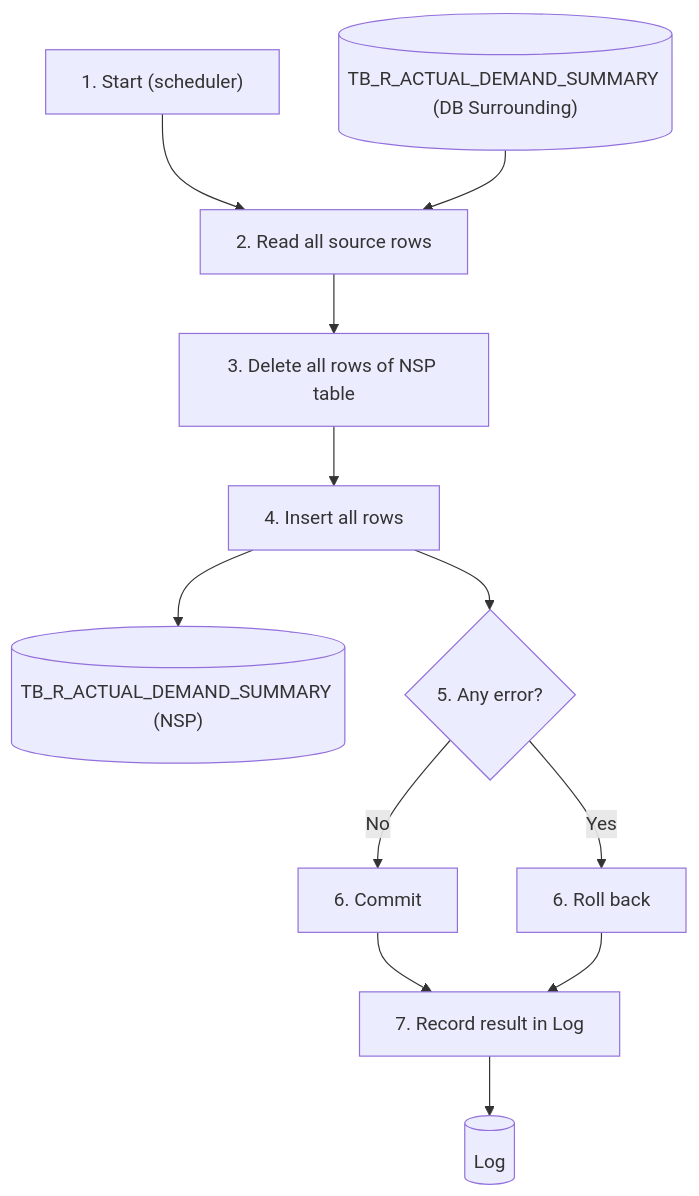
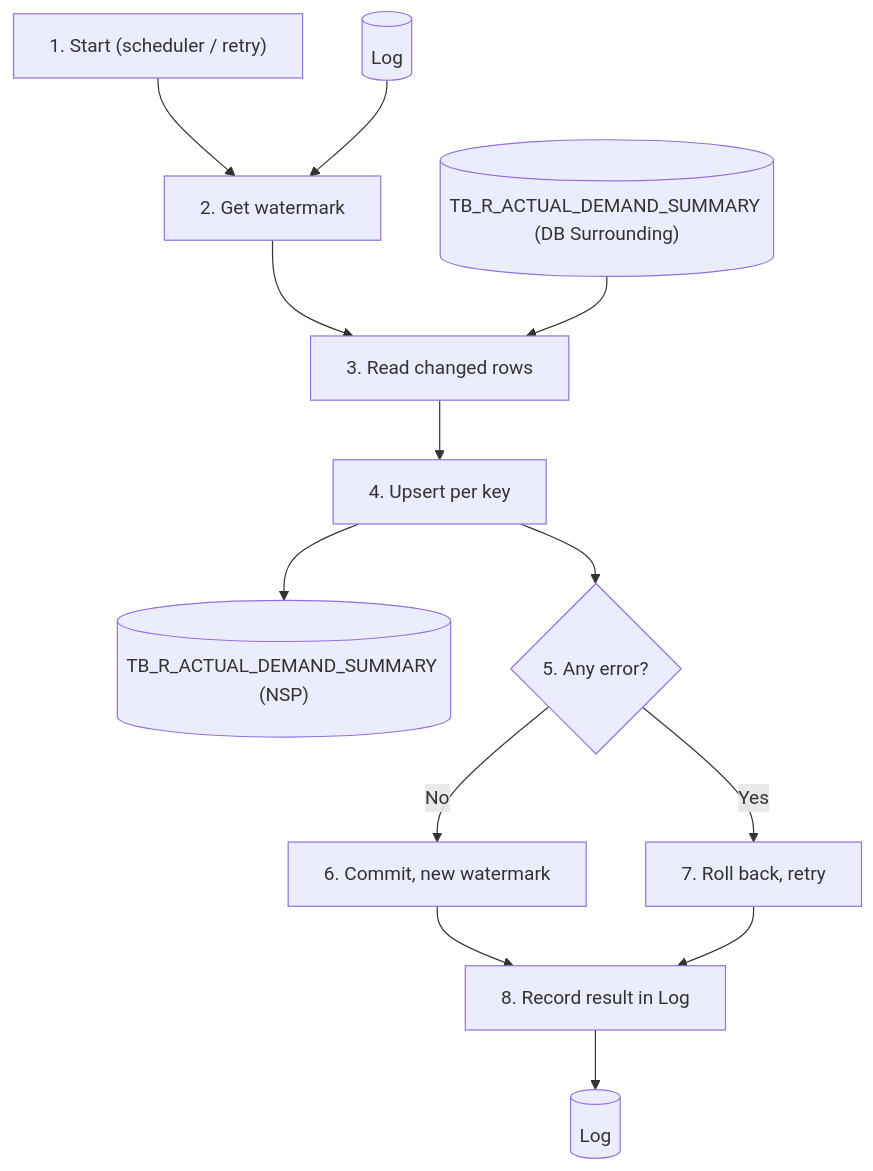
The second of 2 diagrams in prepare_code/uiss/XD04_Batch_ActualDemandSummarySync.md (ivanrayhannn/crossdockpoc), drawn with Mermaid before and after one commit. The commit also changed other lines of this file and 23 other files, not shown here.

First line of the commit message:
XD04 revision (6-Nov): delta read by INTERFACE_UPDATE_DT, retry 3x, XD05 only after success

````diff
--- a/prepare_code/uiss/XD04_Batch_ActualDemandSummarySync.md
+++ b/prepare_code/uiss/XD04_Batch_ActualDemandSummarySync.md
@@ -68,25 +71,27 @@
 ```mermaid
 flowchart TB
-  p1["1. Start (scheduler)"]
+  p1["1. Start (scheduler / retry)"]
+  p2["2. Get watermark"]
+  logi[("Log")]
   src[("TB_R_ACTUAL_DEMAND_SUMMARY (DB Surrounding)")]
-  p2["2. Read all source rows"]
-  p3["3. Delete all rows of NSP table"]
-  p4["4. Insert all rows"]
+  p3["3. Read changed rows"]
+  p4["4. Upsert per key"]
   dst[("TB_R_ACTUAL_DEMAND_SUMMARY (NSP)")]
   d{"5. Any error?"}
-  p6["6. Commit"]
-  p7["6. Roll back"]
-  p8["7. Record result in Log"]
+  p6["6. Commit, new watermark"]
+  p7["7. Roll back, retry"]
+  p8["8. Record result in Log"]
   log[("Log")]
   p1 --> p2
-  src --> p2
+  logi --> p2
   p2 --> p3
+  src --> p3
   p3 --> p4
   p4 --> dst
   p4 --> d
   d -->|No| p6
   d -->|Yes| p7
   p6 --> p8
   p7 --> p8
   p8 --> log
 ```
````
